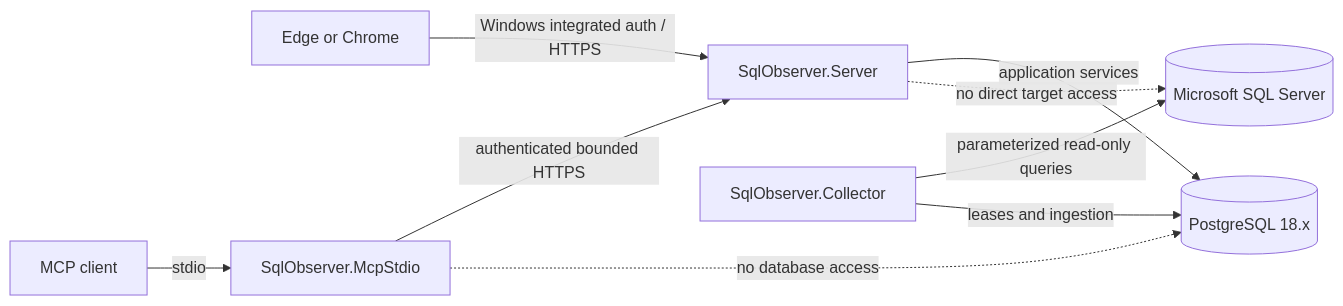
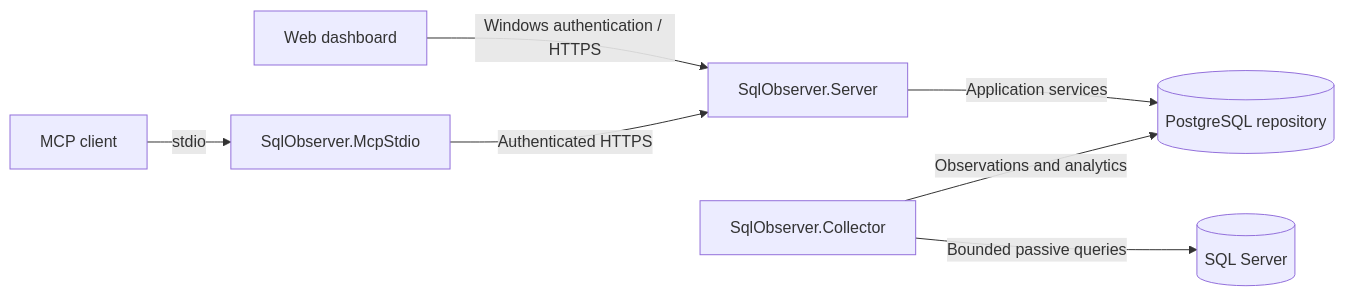
Before and after one commit to laminblake2025/SqlObserver: the diagram in README.md, drawn with Mermaid. The commit also changed other lines of this file and 47 other files, not shown here.

````diff
--- a/README.md
+++ b/README.md
@@ -38,11 +44,9 @@
 ```mermaid
 flowchart LR
-    Browser[Edge or Chrome] -->|Windows integrated auth / HTTPS| Server[SqlObserver.Server]
-    McpClient[MCP client] -->|stdio| Bridge[SqlObserver.McpStdio]
-    Bridge -->|authenticated bounded HTTPS| Server
-    Server -->|application services| Repo[(PostgreSQL 18.x)]
-    Collector[SqlObserver.Collector] -->|parameterized read-only queries| Target[(Microsoft SQL Server)]
-    Collector -->|leases and ingestion| Repo
-    Server -. no direct target access .-> Target
-    Bridge -. no database access .-> Repo
+    Browser[Web dashboard] -->|Windows authentication / HTTPS| Server[SqlObserver.Server]
+    Client[MCP client] -->|stdio| Bridge[SqlObserver.McpStdio]
+    Bridge -->|Authenticated HTTPS| Server
+    Server -->|Application services| Repo[(PostgreSQL repository)]
+    Collector[SqlObserver.Collector] -->|Bounded passive queries| Target[(SQL Server)]
+    Collector -->|Observations and analytics| Repo
 ```
````
